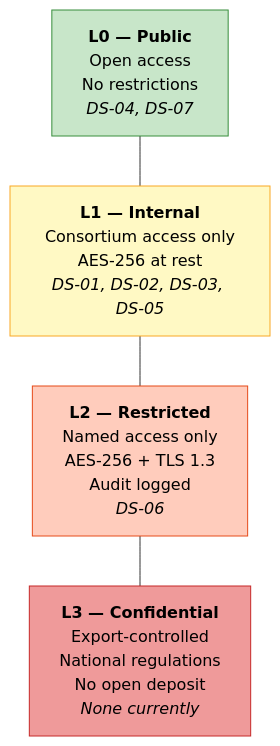
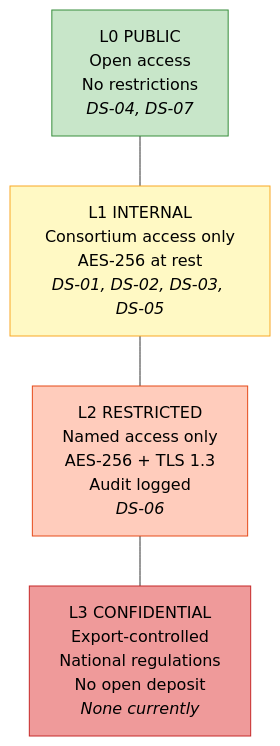
One commit to AmedeoPelliccia/AmedeoPelliccia changed the eighth of 9 diagrams in AI-BOOST/DEL-03-data-management-plan.md. Above: the diagram before and after it, drawn with Mermaid. The commit also changed other lines of this file, not shown here.

Commit message:
Address code review: improve accessibility and visual clarity in diagrams

````diff
--- a/AI-BOOST/DEL-03-data-management-plan.md
+++ b/AI-BOOST/DEL-03-data-management-plan.md
@@ -748,16 +747,16 @@
 ```mermaid
 graph TD
-    L0["<b>L0 — Public</b><br/>Open access<br/>No restrictions<br/><em>DS-04, DS-07</em>"]
-    L1["<b>L1 — Internal</b><br/>Consortium access only<br/>AES-256 at rest<br/><em>DS-01, DS-02, DS-03, DS-05</em>"]
-    L2["<b>L2 — Restricted</b><br/>Named access only<br/>AES-256 + TLS 1.3<br/>Audit logged<br/><em>DS-06</em>"]
-    L3["<b>L3 — Confidential</b><br/>Export-controlled<br/>National regulations<br/>No open deposit<br/><em>None currently</em>"]
+    L0["L0 PUBLIC<br/>Open access<br/>No restrictions<br/><em>DS-04, DS-07</em>"]
+    L1["L1 INTERNAL<br/>Consortium access only<br/>AES-256 at rest<br/><em>DS-01, DS-02, DS-03, DS-05</em>"]
+    L2["L2 RESTRICTED<br/>Named access only<br/>AES-256 + TLS 1.3<br/>Audit logged<br/><em>DS-06</em>"]
+    L3["L3 CONFIDENTIAL<br/>Export-controlled<br/>National regulations<br/>No open deposit<br/><em>None currently</em>"]
 
     L0 --- L1
     L1 --- L2
     L2 --- L3
 
     style L0 fill:#c8e6c9,stroke:#388e3c,color:#000
     style L1 fill:#fff9c4,stroke:#f9a825,color:#000
     style L2 fill:#ffccbc,stroke:#e64a19,color:#000
     style L3 fill:#ef9a9a,stroke:#c62828,color:#000
 ```
````
